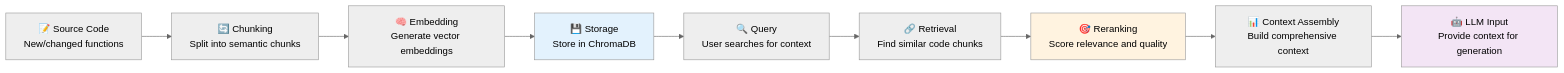
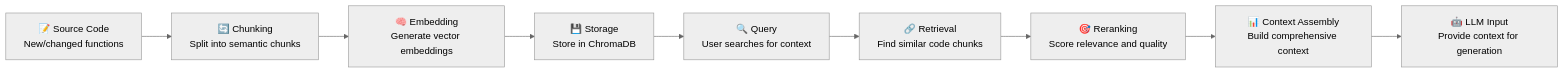
The fifth of 13 diagrams in ARCHITECTURE.md (narenallam/AgenticTestGenerator), drawn with Mermaid (neutral theme) before and after one commit. The commit also changed other lines of this file, not shown here.

````diff
--- a/ARCHITECTURE.md
+++ b/ARCHITECTURE.md
@@ -345,15 +342,12 @@
 ```mermaid
 flowchart LR
     A[📝 Source Code<br/>New/changed functions] --> B[🔄 Chunking<br/>Split into semantic chunks]
     B --> C[🧠 Embedding<br/>Generate vector embeddings]
     C --> D[💾 Storage<br/>Store in ChromaDB]
     D --> E[🔍 Query<br/>User searches for context]
     E --> F[🔗 Retrieval<br/>Find similar code chunks]
     F --> G[🎯 Reranking<br/>Score relevance and quality]
     G --> H[📊 Context Assembly<br/>Build comprehensive context]
     H --> I[🤖 LLM Input<br/>Provide context for generation]
 
-    style D fill:#e3f2fd
-    style G fill:#fff3e0
-    style I fill:#f3e5f5
 ```
````
